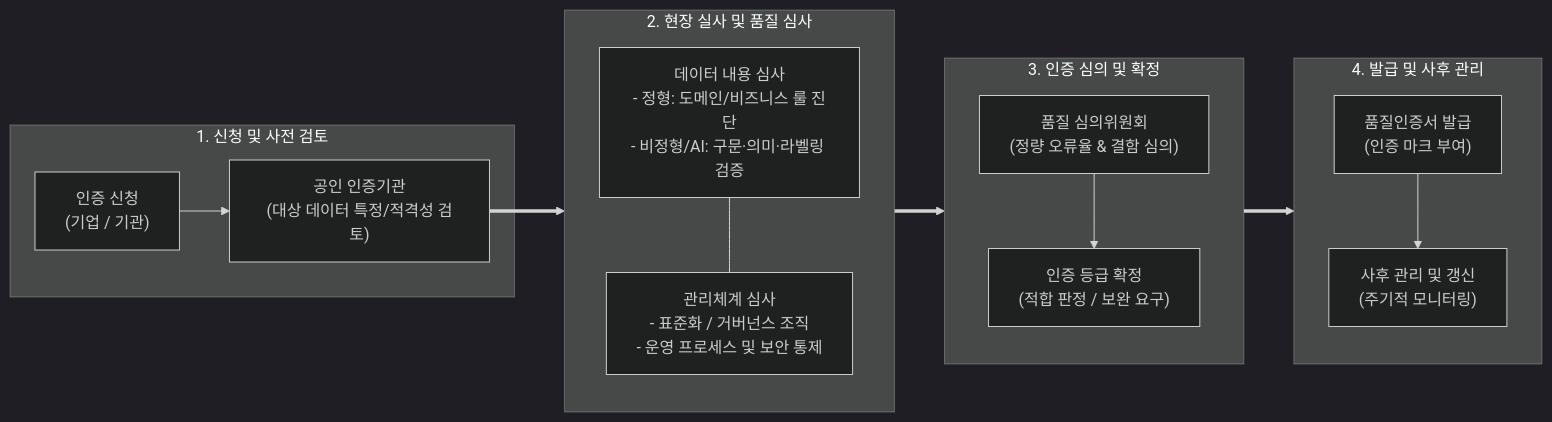
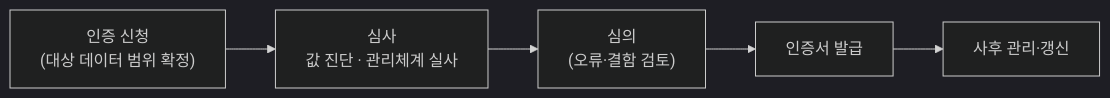
One commit to supremethumb/supremethumb.github.io changed the diagram in content/01_IT Tech/데이터 품질인증 가이드라인 - DQ인증 (2025.02.26).md. Above: the diagram before and after it, drawn with Mermaid (dark theme). The commit also changed other lines of this file and 1087 other files, not shown here.

````diff
--- a/content/01_IT Tech/데이터 품질인증 가이드라인 - DQ인증 (2025.02.26).md
+++ b/content/01_IT Tech/데이터 품질인증 가이드라인 - DQ인증 (2025.02.26).md
@@ -34,32 +35,7 @@
 ```mermaid
 flowchart LR
-    subgraph S1["1. 신청 및 사전 검토"]
-        A["인증 신청<br/>(기업 / 기관)"] --> B["공인 인증기관<br/>(대상 데이터 특정/적격성 검토)"]
-    end
-
-    subgraph S2["2. 현장 실사 및 품질 심사"]
-        direction TB
-        C1["데이터 내용 심사<br/>- 정형: 도메인/비즈니스 룰 진단<br/>- 비정형/AI: 구문·의미·라벨링 검증"]
-        C2["관리체계 심사<br/>- 표준화 / 거버넌스 조직<br/>- 운영 프로세스 및 보안 통제"]
-        C1 --- C2
-    end
-
-    subgraph S3["3. 인증 심의 및 확정"]
-        direction TB
-        D["품질 심의위원회<br/>(정량 오류율 & 결함 심의)"]
-        E["인증 등급 확정<br/>(적합 판정 / 보완 요구)"]
-        D --> E
-    end
-
-    subgraph S4["4. 발급 및 사후 관리"]
-        direction TB
-        F["품질인증서 발급<br/>(인증 마크 부여)"]
-        G["사후 관리 및 갱신<br/>(주기적 모니터링)"]
-        F --> G
-    end
-
-    B ==> S2
-    S2 ==> D
-    E ==> F
-
+    A["인증 신청<br/>(대상 데이터 범위 확정)"] --> B["심사<br/>값 진단 · 관리체계 실사"]
+    B --> C["심의<br/>(오류·결함 검토)"]
+    C --> D["인증서 발급"]
+    D --> E["사후 관리·갱신"]
 ```
````
